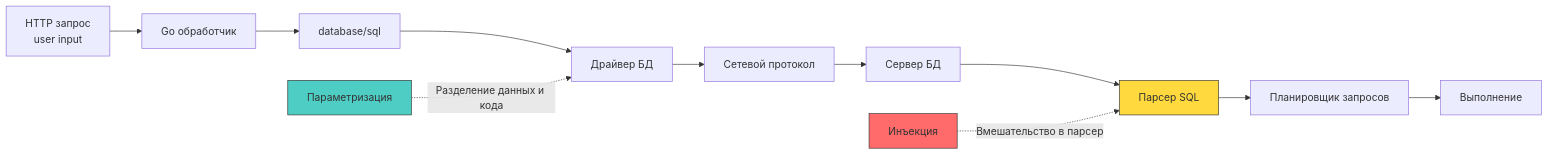
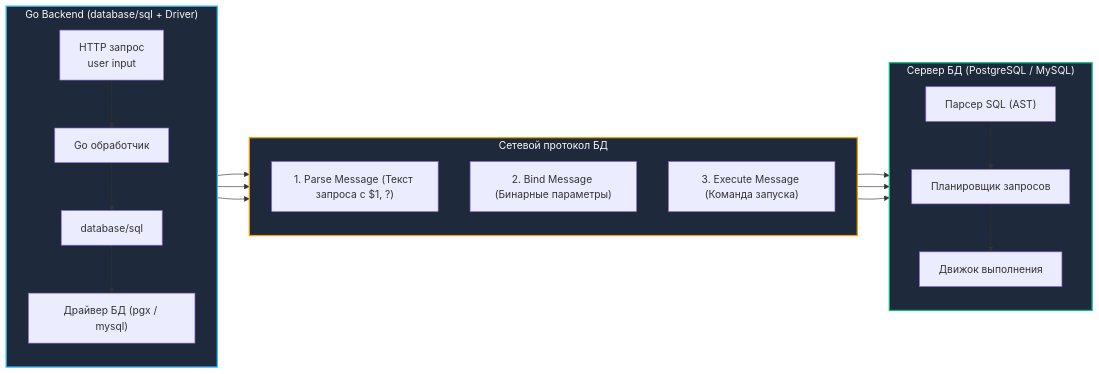
One commit to UnrealTemplier/go-textbook changed the diagram in sources/17. Безопасность (AppSec в Go)/04. Уязвимости/1. SQL injection.md. Above: the diagram before and after it, drawn with Mermaid. The commit also changed other lines of this file, not shown here.

Commit message:
feat(module-17): editorial rewrite of 04.1 SQL injection in Kernighan style

````diff
--- a/sources/17. Безопасность (AppSec в Go)/04. Уязвимости/1. SQL injection.md
+++ b/sources/17. Безопасность (AppSec в Go)/04. Уязвимости/1. SQL injection.md
@@ -5,19 +22,36 @@
 ```mermaid
 flowchart LR
-    A["HTTP запрос<br>user input"] --> B["Go обработчик"]
-    B --> C["database/sql"]
-    C --> D["Драйвер БД"]
-    D --> E["Сетевой протокол"]
-    E --> F["Сервер БД"]
-    
-    F --> G["Парсер SQL"]
-    G --> H["Планировщик запросов"]
-    H --> I["Выполнение"]
-    
-    J["Инъекция"] -.->|"Вмешательство в парсер"| G
-    K["Параметризация"] -.->|"Разделение данных и кода"| D
-    
-    style J fill:#ff6b6b,stroke:#333
-    style K fill:#4ecdc4,stroke:#333
-    style G fill:#ffd93d,stroke:#333
+    subgraph AppServer["Go Backend (database/sql + Driver)"]
+        direction TB
+        Input["HTTP запрос<br/>user input"] --> Handler["Go обработчик"]
+        Handler --> DB["database/sql"]
+        DB --> Driver["Драйвер БД (pgx / mysql)"]
+    end
+
+    subgraph Wire["Сетевой протокол БД"]
+        direction TB
+        P_msg["1. Parse Message (Текст запроса с $1, ?)"]
+        B_msg["2. Bind Message (Бинарные параметры)"]
+        E_msg["3. Execute Message (Команда запуска)"]
+        Driver --> P_msg
+        Driver --> B_msg
+        Driver --> E_msg
+    end
+
+    subgraph DBServer["Сервер БД (PostgreSQL / MySQL)"]
+        direction TB
+        Parser["Парсер SQL (AST)"]
+        Planner["Планировщик запросов"]
+        Engine["Движок выполнения"]
+        
+        P_msg --> Parser
+        Parser --> Planner
+        B_msg --> Engine
+        Planner --> Engine
+        E_msg --> Engine
+    end
+
+    style AppServer fill:#1e293b,stroke:#38bdf8,stroke-width:2px,color:#f8fafc
+    style Wire fill:#1e293b,stroke:#f59e0b,stroke-width:2px,color:#f8fafc
+    style DBServer fill:#1e293b,stroke:#10b981,stroke-width:2px,color:#f8fafc
 ```
````
